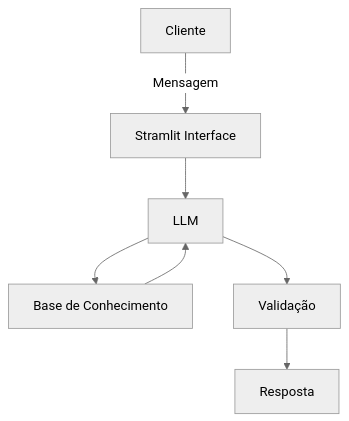
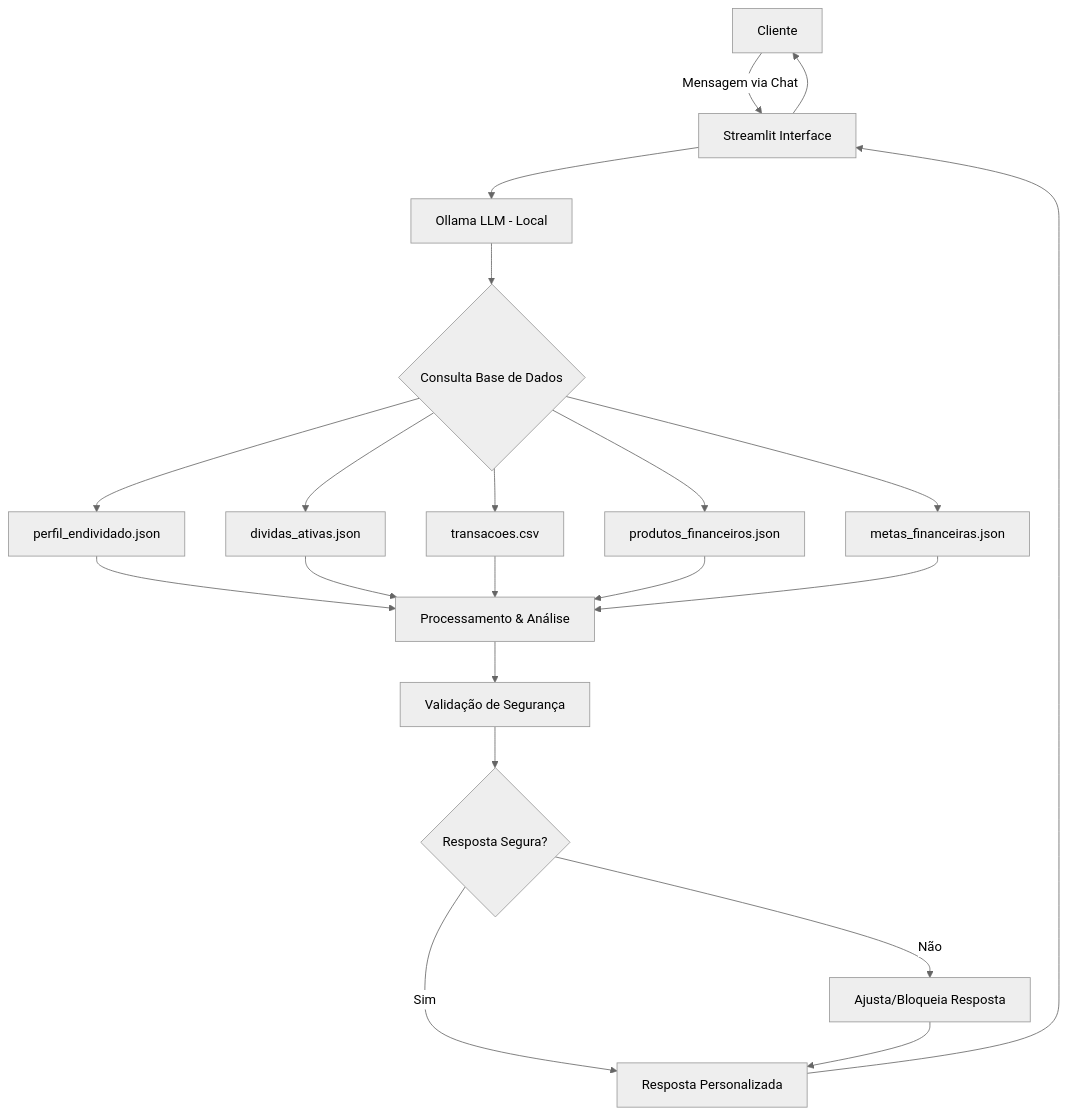
The diagram in docs/01-documentacao-agente.md (williamav28/dio-lab-bia-do-futuro), drawn with Mermaid (neutral theme) before and after one commit. The commit also changed other lines of this file, not shown here.

````diff
--- a/docs/01-documentacao-agente.md
+++ b/docs/01-documentacao-agente.md
@@ -71,9 +214,23 @@
 ```mermaid
 flowchart TD
-    A[Cliente] -->|Mensagem| B[Stramlit Interface]
-    B --> C[LLM]
-    C --> D[Base de Conhecimento]
-    D --> C
-    C --> E[Validação]
-    E --> F[Resposta]
+    A[Cliente] -->|Mensagem via Chat| B[Streamlit Interface]
+    B --> C[Ollama LLM - Local]
+    C --> D{Consulta Base de Dados}
+    D --> E[perfil_endividado.json]
+    D --> F[dividas_ativas.json]
+    D --> G[transacoes.csv]
+    D --> H[produtos_financeiros.json]
+    D --> I[metas_financeiras.json]
+    E --> J[Processamento & Análise]
+    F --> J
+    G --> J
+    H --> J
+    I --> J
+    J --> K[Validação de Segurança]
+    K --> L{Resposta Segura?}
+    L -->|Sim| M[Resposta Personalizada]
+    L -->|Não| N[Ajusta/Bloqueia Resposta]
+    N --> M
+    M --> B
+    B --> A
 ```
````
